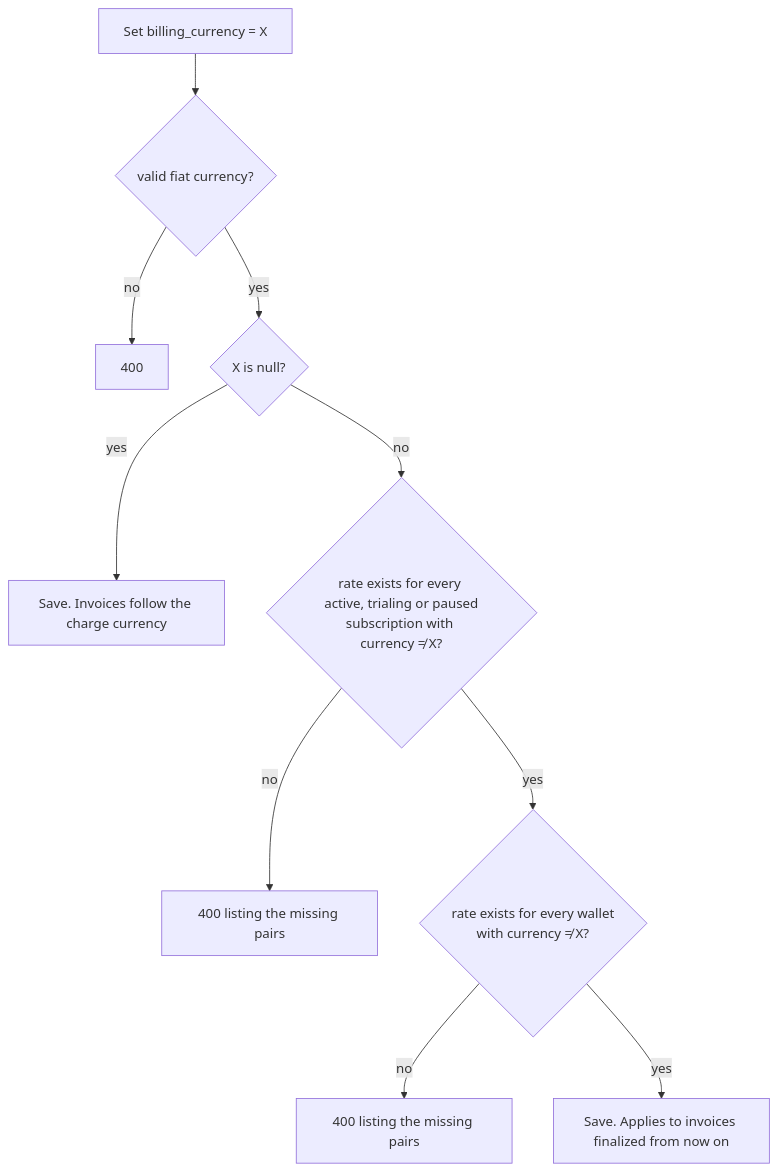
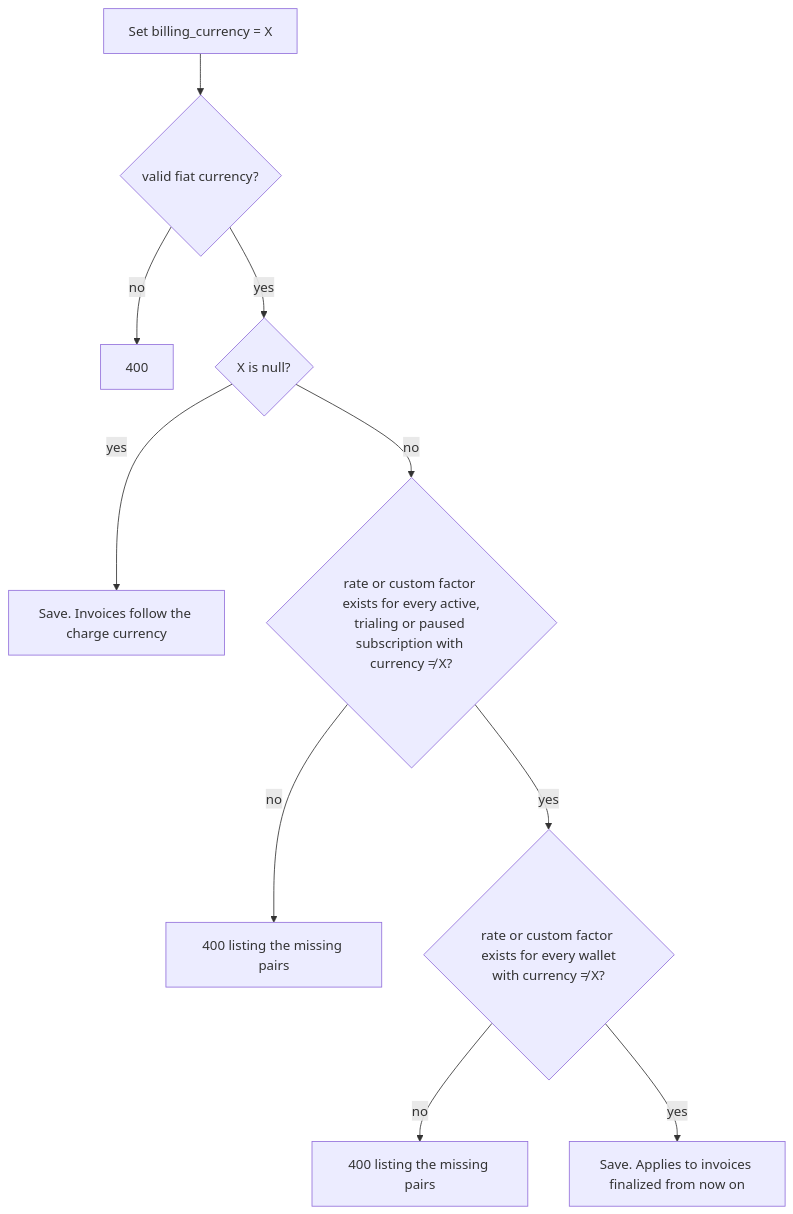
Before and after one commit to aghijap/flexprice-FLE-1411: the fifth of 6 diagrams in docs/design/2026-09-26-FLE-1383-adaptive-multi-currency-erd.md, drawn with Mermaid. The commit also changed other lines of this file, not shown here.

First line of the commit message:
docs(FLE-1383): custom currency converts once, straight to the billing currency

````diff
--- a/docs/design/2026-09-26-FLE-1383-adaptive-multi-currency-erd.md
+++ b/docs/design/2026-09-26-FLE-1383-adaptive-multi-currency-erd.md
@@ -503,12 +506,12 @@
 ```mermaid
 flowchart TD
     A["Set billing_currency = X"] --> V{"valid fiat currency?"}
     V -- no --> R1["400"]
     V -- yes --> N{"X is null?"}
     N -- yes --> OK["Save. Invoices follow the charge currency"]
-    N -- no --> S{"rate exists for every active, trialing or paused<br/>subscription with currency ≠ X?"}
+    N -- no --> S{"rate or custom factor exists for every active,<br/>trialing or paused subscription with currency ≠ X?"}
     S -- no --> R2["400 listing the missing pairs"]
-    S -- yes --> W{"rate exists for every wallet<br/>with currency ≠ X?"}
+    S -- yes --> W{"rate or custom factor exists for every wallet<br/>with currency ≠ X?"}
     W -- no --> R3["400 listing the missing pairs"]
     W -- yes --> SAVE["Save. Applies to invoices finalized from now on"]
 ```
````
